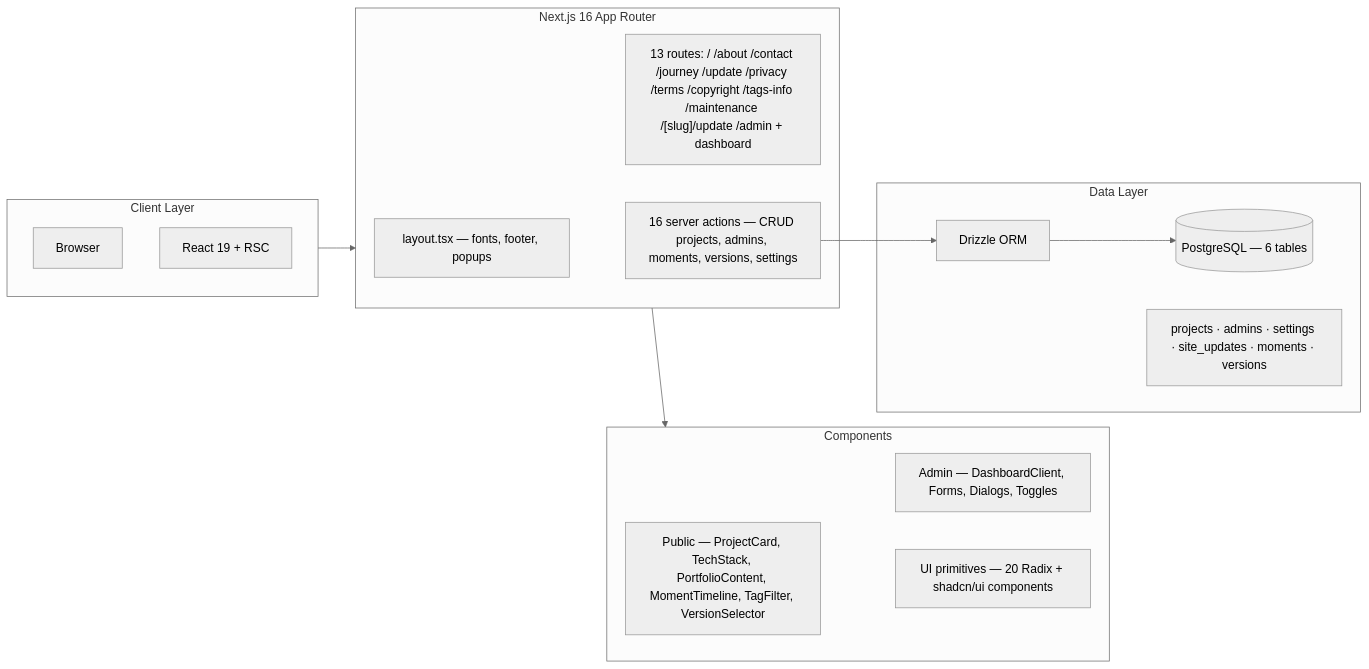
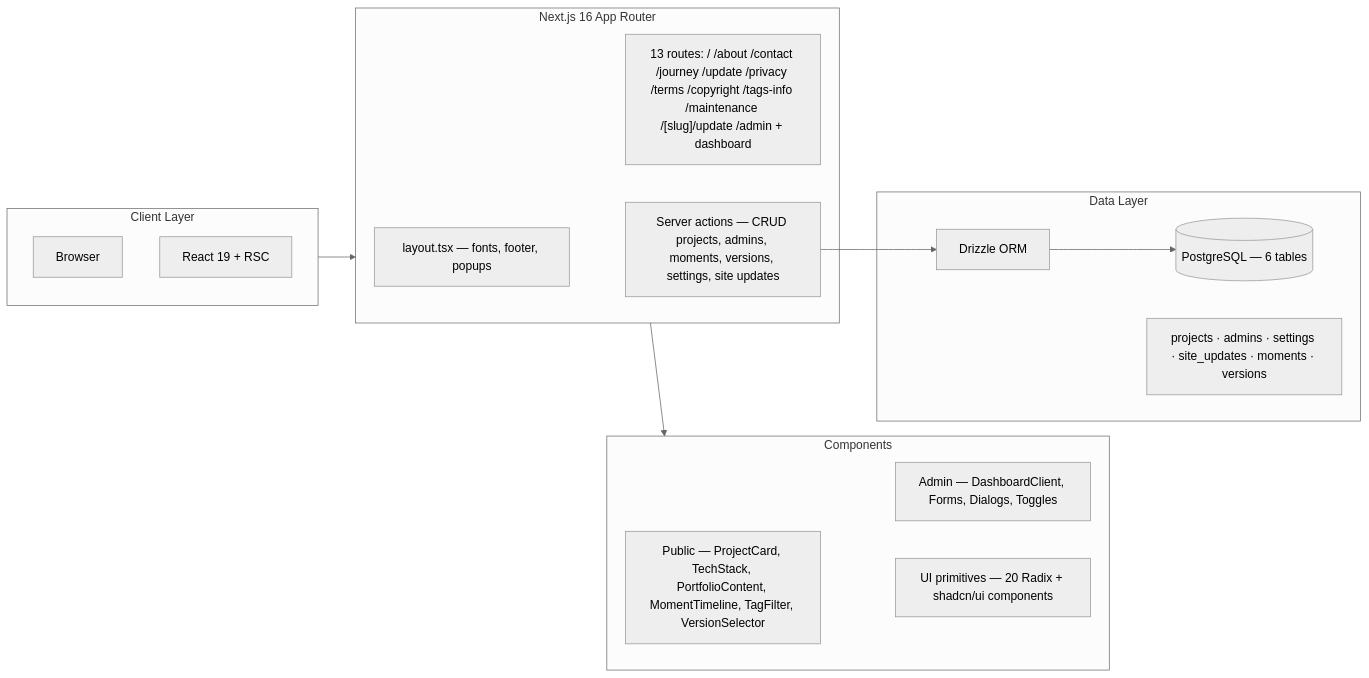
Before and after one commit to ddrayko/portfolio: the first of 5 diagrams in README.md, drawn with Mermaid (neutral theme). The commit also changed other lines of this file, not shown here.

Commit message:
docs: update architecture diagram and routes for hero link feature

````diff
--- a/README.md
+++ b/README.md
@@ -30,32 +30,32 @@
 ```mermaid
 flowchart LR
     subgraph Client["Client Layer"]
         Browser["Browser"]
         React["React 19 + RSC"]
     end
 
     subgraph NextJS["Next.js 16 App Router"]
         Layout["layout.tsx — fonts, footer, popups"]
         Pages["13 routes: / /about /contact /journey /update /privacy /terms /copyright /tags-info /maintenance /[slug]/update /admin + dashboard"]
-        API["16 server actions — CRUD projects, admins, moments, versions, settings"]
+        API["Server actions — CRUD projects, admins, moments, versions, settings, site updates"]
     end
 
     subgraph Components["Components"]
         Public["Public — ProjectCard, TechStack, PortfolioContent, MomentTimeline, TagFilter, VersionSelector"]
         Admin["Admin — DashboardClient, Forms, Dialogs, Toggles"]
         UI["UI primitives — 20 Radix + shadcn/ui components"]
     end
 
     subgraph Data["Data Layer"]
         Drizzle["Drizzle ORM"]
         DB[("PostgreSQL — 6 tables")]
         Schema["projects · admins · settings · site_updates · moments · versions"]
     end
 
     Client --> NextJS
     NextJS --> Components
     NextJS --> API
     API --> Drizzle
     Drizzle --> DB
     Components --> UI
 ```
````
